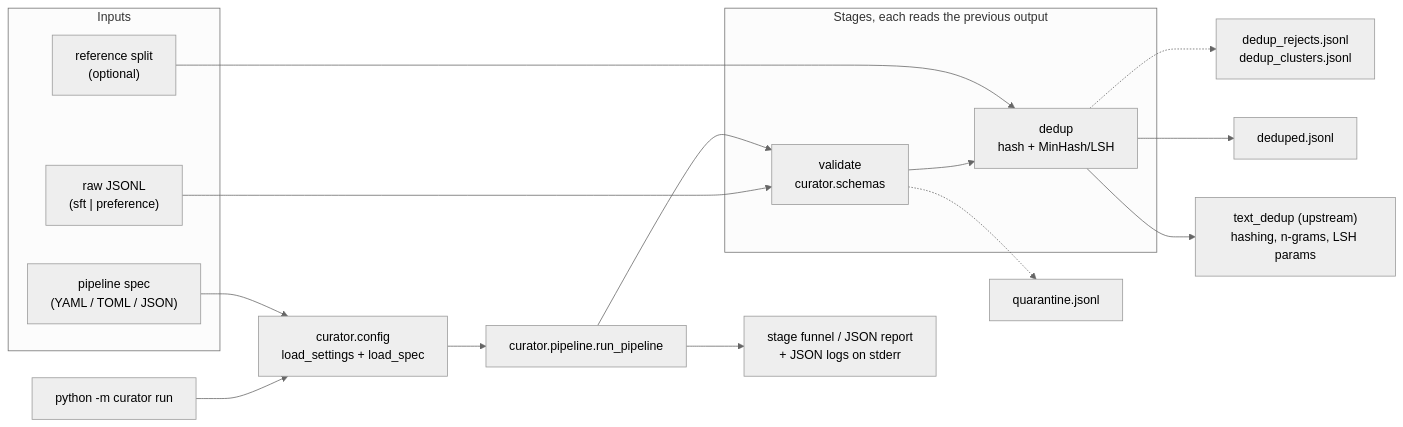
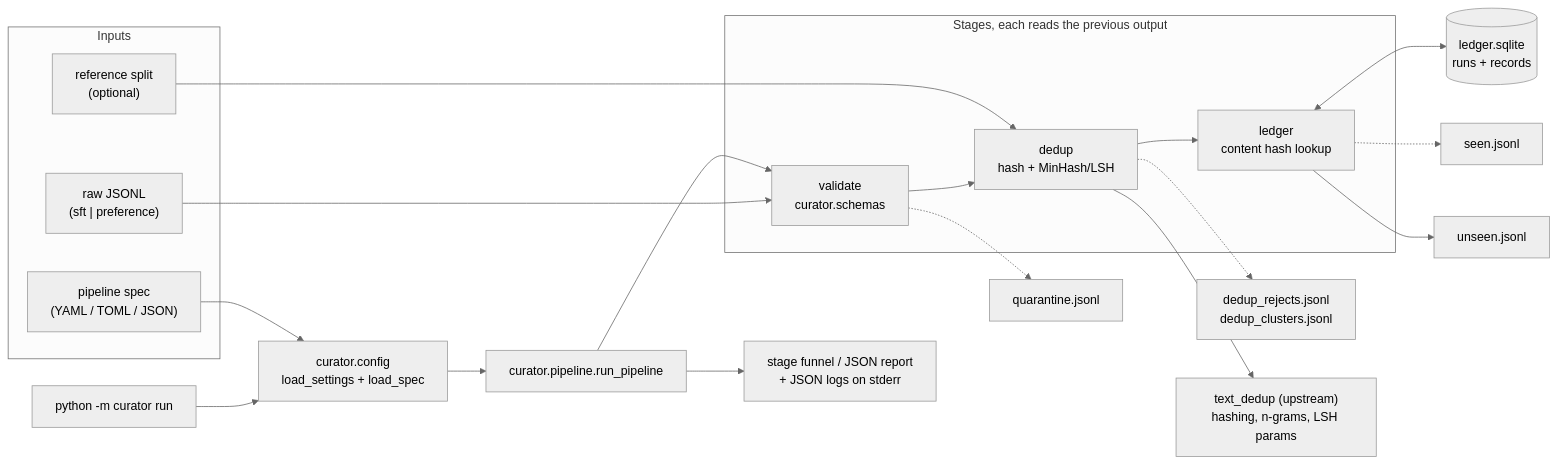
Before and after one commit to vipul21435/datasieve: the diagram in README.md, drawn with Mermaid (neutral theme). The commit also changed other lines of this file and 3 other files, not shown here.

````diff
--- a/README.md
+++ b/README.md
@@ -47,22 +53,24 @@
 ```mermaid
 flowchart LR
     subgraph inputs [Inputs]
         SPEC["pipeline spec<br/>(YAML / TOML / JSON)"]
         RAW["raw JSONL<br/>(sft | preference)"]
         EVAL["reference split<br/>(optional)"]
     end
     CLI["python -m curator run"] --> LOAD["curator.config<br/>load_settings + load_spec"]
     SPEC --> LOAD
     LOAD --> RUN["curator.pipeline.run_pipeline"]
     RAW --> V
     subgraph stages [Stages, each reads the previous output]
-        V["validate<br/>curator.schemas"] --> D["dedup<br/>hash + MinHash/LSH"]
+        V["validate<br/>curator.schemas"] --> D["dedup<br/>hash + MinHash/LSH"] --> L["ledger<br/>content hash lookup"]
     end
     RUN --> V
     EVAL --> D
     V -.-> Q["quarantine.jsonl"]
     D -.-> R["dedup_rejects.jsonl<br/>dedup_clusters.jsonl"]
-    D --> OUT["deduped.jsonl"]
+    L <--> DB[("ledger.sqlite<br/>runs + records")]
+    L -.-> S["seen.jsonl"]
+    L --> OUT["unseen.jsonl"]
     D --> TD["text_dedup (upstream)<br/>hashing, n-grams, LSH params"]
     RUN --> REPORT["stage funnel / JSON report<br/>+ JSON logs on stderr"]
 ```
````
